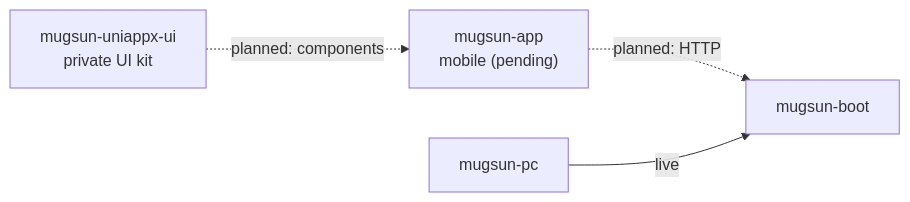
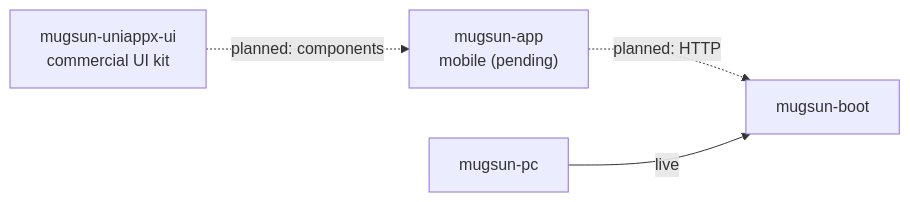
Before and after one commit to mugsun/mugsun-app: the diagram in README_EN.md, drawn with Mermaid. The commit also changed other lines of this file and 1 other file, not shown here.

Commit message:
docs(readme): describe mugsun-uniappx-ui as commercial edition, drop private repo link (#2)

````diff
--- a/README_EN.md
+++ b/README_EN.md
@@ -40,10 +40,10 @@
 ```mermaid
 graph LR
   APP["mugsun-app<br/>mobile (pending)"]
   BOOT["mugsun-boot"]
   PC["mugsun-pc"]
-  UI["mugsun-uniappx-ui<br/>private UI kit"]
+  UI["mugsun-uniappx-ui<br/>commercial UI kit"]
   APP -.->|"planned: HTTP"| BOOT
   PC -->|"live"| BOOT
   UI -.->|"planned: components"| APP
 ```
````
